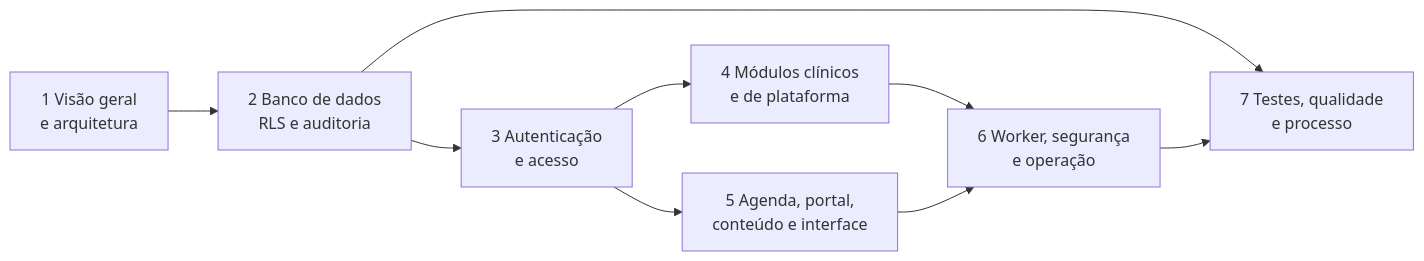
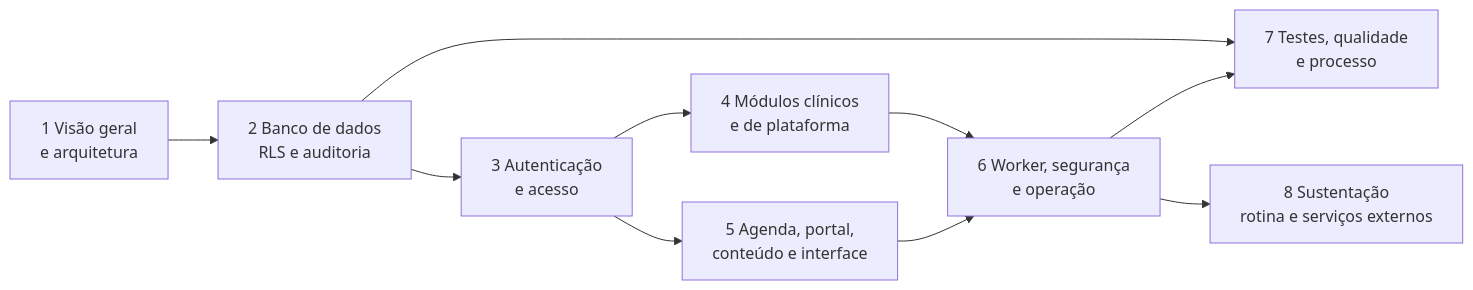
The diagram in docs/manual-tecnico/README.md (fabianojp06/nutridebby), drawn with Mermaid before and after one commit. The commit also changed other lines of this file and 4 other files, not shown here.

````diff
--- a/docs/manual-tecnico/README.md
+++ b/docs/manual-tecnico/README.md
@@ -49,11 +51,12 @@
 ```mermaid
 flowchart LR
   C1["1 Visão geral<br/>e arquitetura"] --> C2["2 Banco de dados<br/>RLS e auditoria"]
   C2 --> C3["3 Autenticação<br/>e acesso"]
   C3 --> C4["4 Módulos clínicos<br/>e de plataforma"]
   C3 --> C5["5 Agenda, portal,<br/>conteúdo e interface"]
   C4 --> C6["6 Worker, segurança<br/>e operação"]
   C5 --> C6
   C2 --> C7["7 Testes, qualidade<br/>e processo"]
   C6 --> C7
+  C6 --> C8["8 Sustentação<br/>rotina e serviços externos"]
 ```
````
